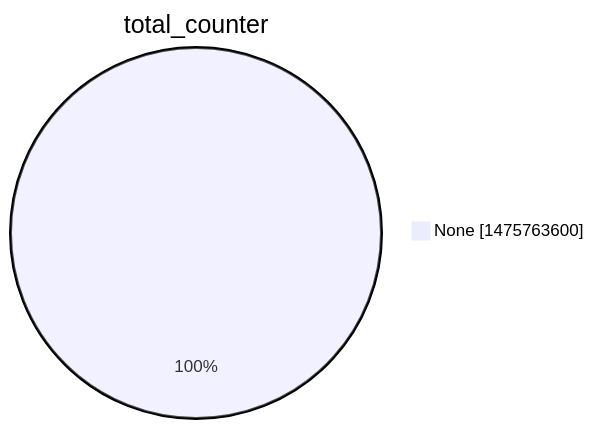
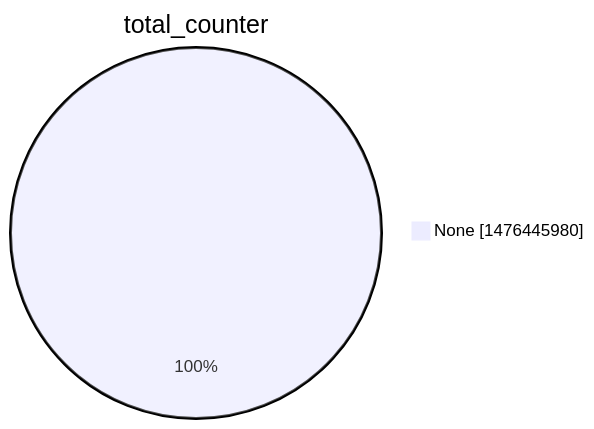
The second of 15 diagrams in argon2022/README.md (christiankrug/ctmonitor_visualization), drawn with Mermaid before and after one commit. The commit also changed other lines of this file, not shown here.

````diff
--- a/argon2022/README.md
+++ b/argon2022/README.md
@@ -9,5 +9,5 @@
 ```mermaid
 pie showData
 title total_counter
-"None" :1475763600
+"None" :1476445980
 ```
````
